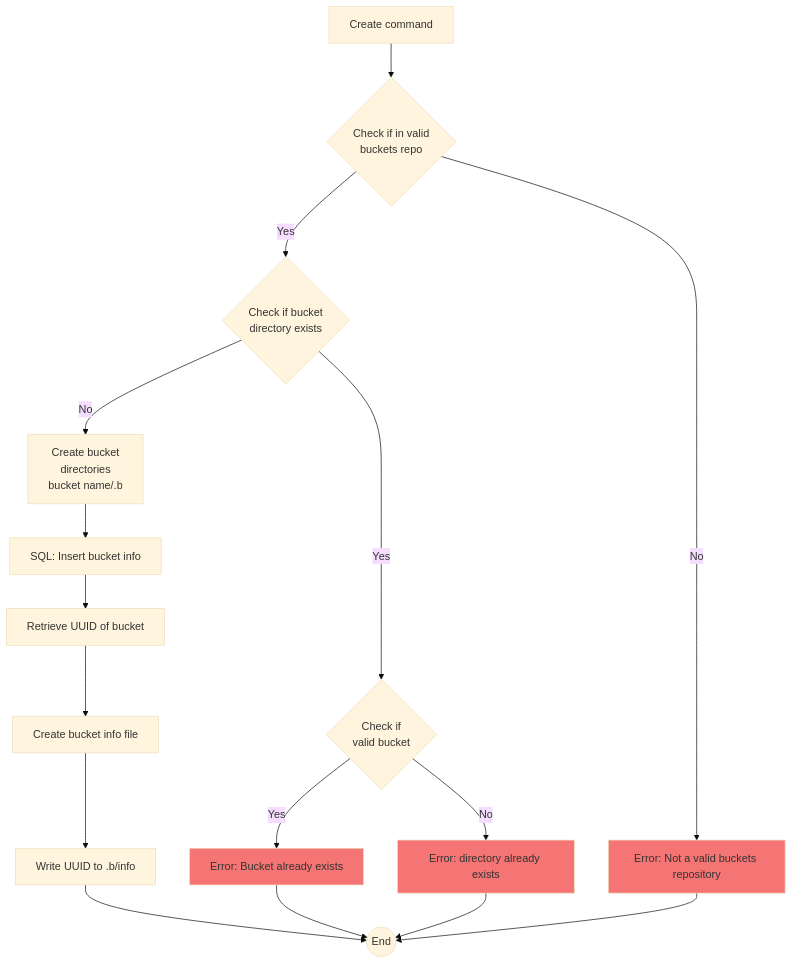
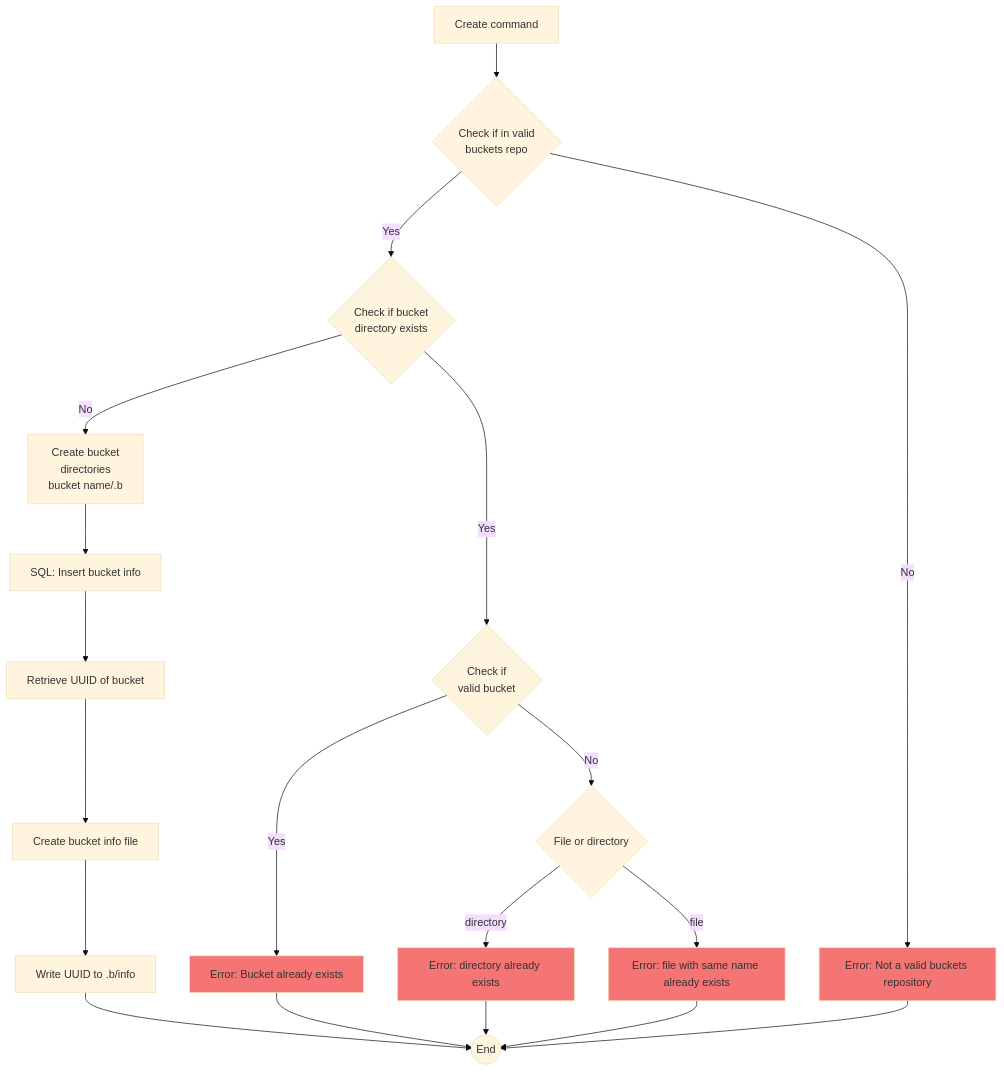
The diagram in docs/commands/create.mmd (3vilM33pl3/buckets), drawn with Mermaid (base theme) before and after one commit. The commit also changed 11 other files, not shown here.

```diff
--- a/docs/commands/create.mmd
+++ b/docs/commands/create.mmd
@@ -1,20 +1,24 @@
 flowchart TD
     A[Create command] --> B{Check if in valid\nbuckets repo}
     B -->|Yes| C{Check if bucket \ndirectory exists}
     B -->|No| E3[Error: Not a valid buckets repository]
     C --> |No| D[Create bucket \n directories<br>bucket name/.b]
     C --> |Yes| W{Check if \n valid bucket}
     W --> |Yes| E1[Error: Bucket already exists]
-    W --> |No| E2[Error: directory already exists]
+    W --> |No| V{File or directory}
+    V --> |directory| E4[Error: directory already exists]
+    V --> |file| E2[Error: file with same name already exists]
     D --> L[SQL: Insert bucket info]
     L --> G[Retrieve UUID of bucket]
     G --> H[Create bucket info file]
     H --> I[Write UUID to .b/info]
     I --> Y((End))
+    E4 --> Y((End))
     E3 --> Y((End))
     E1 --> Y((End))
     E2 --> Y((End))
 
     style E1 fill:#f57474
     style E2 fill:#f57474
     style E3 fill:#f57474
+    style E4 fill:#f57474
```
